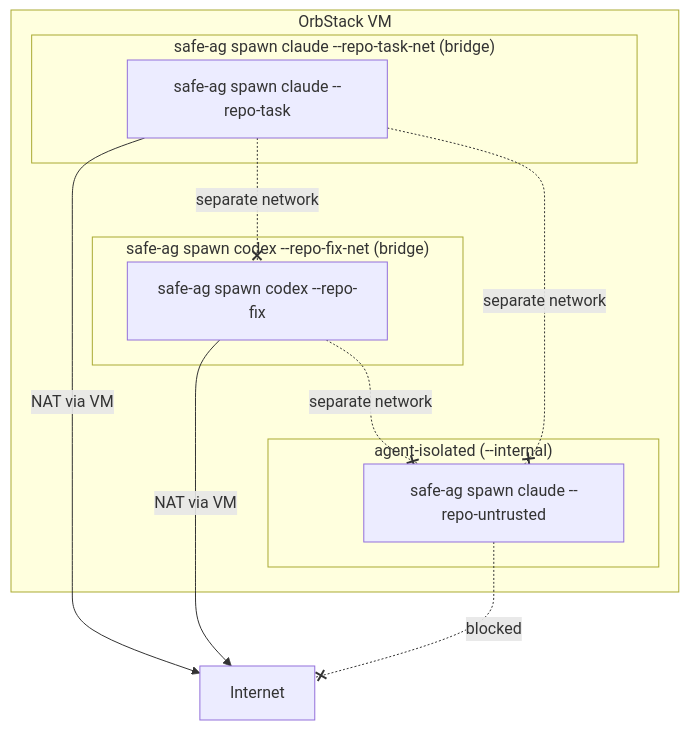
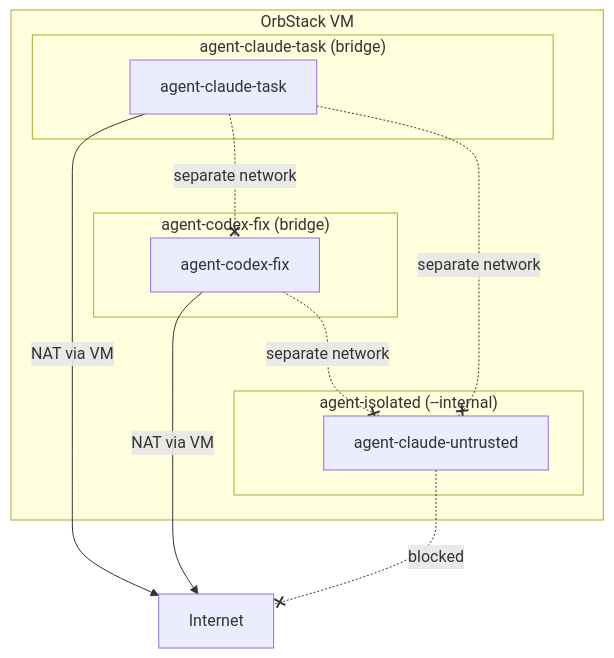
The first of 2 diagrams in docs/architecture/networking.md (0x666c6f/safe-agentic), drawn with Mermaid before and after one commit. The commit also changed 5 other files, not shown here.

````diff
--- a/docs/architecture/networking.md
+++ b/docs/architecture/networking.md
@@ -7,26 +7,26 @@
 ```mermaid
 graph TB
     internet["Internet"]
 
     subgraph vm["OrbStack VM"]
-        subgraph net_a["safe-ag spawn claude --repo-task-net (bridge)"]
-            container_a["safe-ag spawn claude --repo-task"]
+        subgraph net_a["agent-claude-task (bridge)"]
+            container_a["agent-claude-task"]
         end
 
-        subgraph net_b["safe-ag spawn codex --repo-fix-net (bridge)"]
-            container_b["safe-ag spawn codex --repo-fix"]
+        subgraph net_b["agent-codex-fix (bridge)"]
+            container_b["agent-codex-fix"]
         end
 
         subgraph net_isolated["agent-isolated (--internal)"]
-            container_c["safe-ag spawn claude --repo-untrusted"]
+            container_c["agent-claude-untrusted"]
         end
     end
 
     container_a -->|"NAT via VM"| internet
     container_b -->|"NAT via VM"| internet
     container_c -.-x|"blocked"| internet
 
     container_a -.-x|"separate network"| container_b
     container_a -.-x|"separate network"| container_c
     container_b -.-x|"separate network"| container_c
 ```
````
